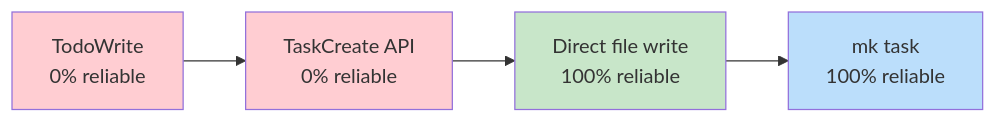
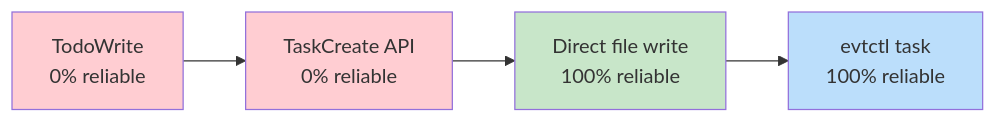
Before and after one commit to binaryphile/tandem-protocol: the fourth of 6 diagrams in docs/evolution.md, drawn with Mermaid. The commit also changed other lines of this file and 12 other files, not shown here.

````diff
--- a/docs/evolution.md
+++ b/docs/evolution.md
@@ -251,11 +251,11 @@
 ```mermaid
 flowchart LR
     A["TodoWrite<br/>0% reliable"] --> B["TaskCreate API<br/>0% reliable"]
     B --> C["Direct file write<br/>100% reliable"]
-    C --> D["mk task<br/>100% reliable"]
+    C --> D["evtctl task<br/>100% reliable"]
 
     style A fill:#ffcdd2
     style B fill:#ffcdd2
     style C fill:#c8e6c9
     style D fill:#bbdefb
 ```
````
